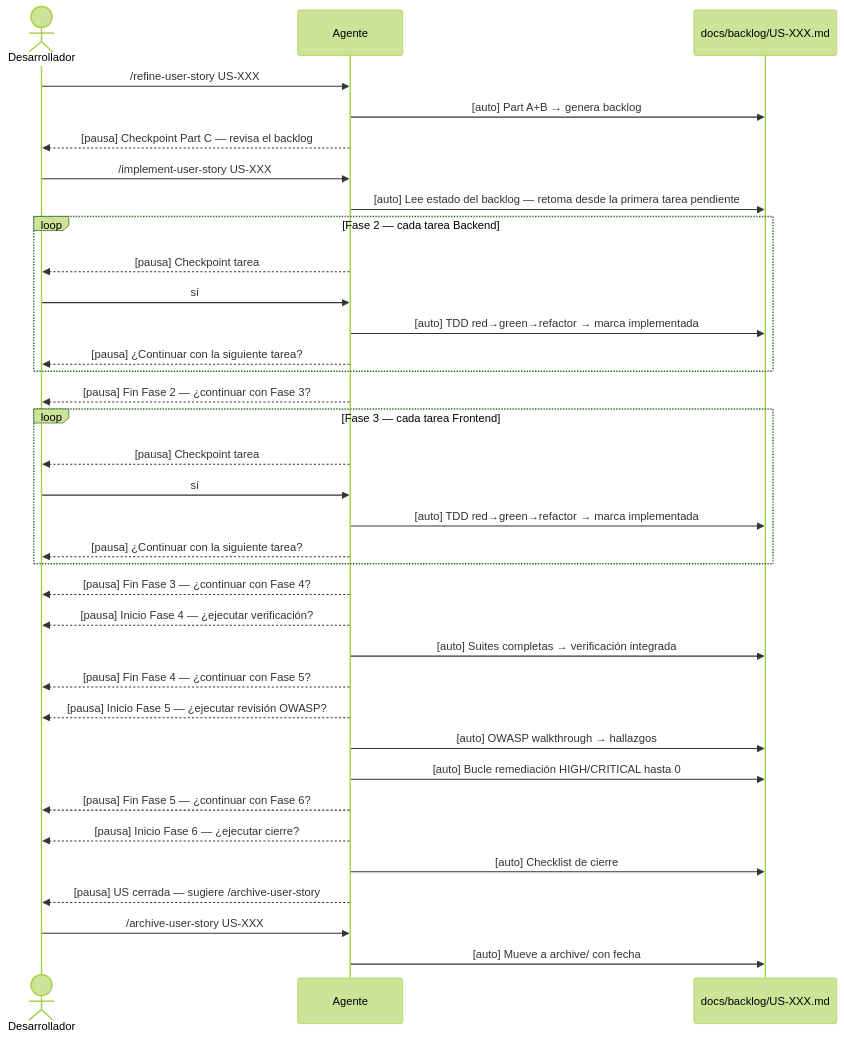
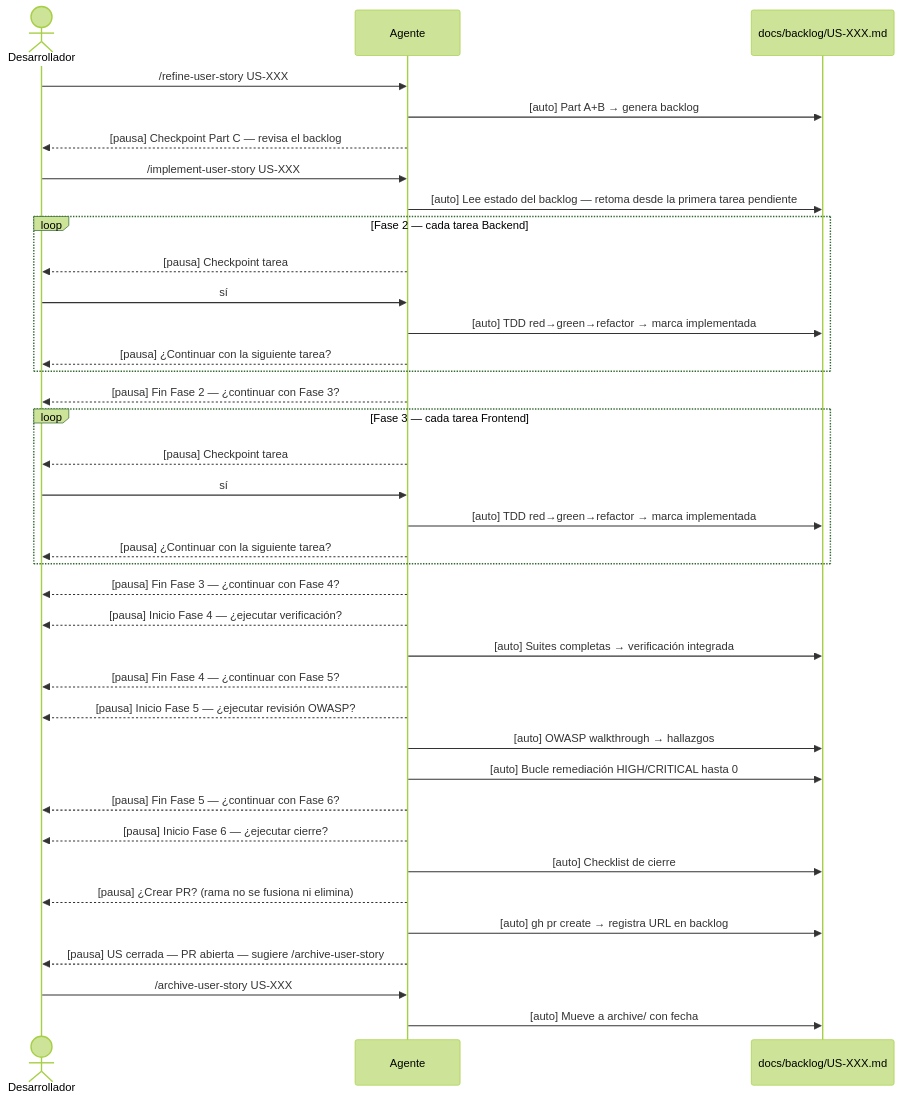
One commit to LIDR-academy/AI4Devs-finalproject changed the diagram in docs/SDD-WORKFLOW.md. Above: the diagram before and after it, drawn with Mermaid (forest theme). The commit also changed other lines of this file and 1 other file, not shown here.

````diff
--- a/docs/SDD-WORKFLOW.md
+++ b/docs/SDD-WORKFLOW.md
@@ -302,45 +309,47 @@
 ```mermaid
 sequenceDiagram
     actor Dev as Desarrollador
     participant A as Agente
     participant B as docs/backlog/US-XXX.md
 
     Dev->>A: /refine-user-story US-XXX
     A->>B: [auto] Part A+B → genera backlog
     A-->>Dev: [pausa] Checkpoint Part C — revisa el backlog
 
     Dev->>A: /implement-user-story US-XXX
     A->>B: [auto] Lee estado del backlog — retoma desde la primera tarea pendiente
 
     loop Fase 2 — cada tarea Backend
         A-->>Dev: [pausa] Checkpoint tarea
         Dev->>A: sí
         A->>B: [auto] TDD red→green→refactor → marca implementada
         A-->>Dev: [pausa] ¿Continuar con la siguiente tarea?
     end
     A-->>Dev: [pausa] Fin Fase 2 — ¿continuar con Fase 3?
 
     loop Fase 3 — cada tarea Frontend
         A-->>Dev: [pausa] Checkpoint tarea
         Dev->>A: sí
         A->>B: [auto] TDD red→green→refactor → marca implementada
         A-->>Dev: [pausa] ¿Continuar con la siguiente tarea?
     end
     A-->>Dev: [pausa] Fin Fase 3 — ¿continuar con Fase 4?
 
     A-->>Dev: [pausa] Inicio Fase 4 — ¿ejecutar verificación?
     A->>B: [auto] Suites completas → verificación integrada
     A-->>Dev: [pausa] Fin Fase 4 — ¿continuar con Fase 5?
 
     A-->>Dev: [pausa] Inicio Fase 5 — ¿ejecutar revisión OWASP?
     A->>B: [auto] OWASP walkthrough → hallazgos
     A->>B: [auto] Bucle remediación HIGH/CRITICAL hasta 0
     A-->>Dev: [pausa] Fin Fase 5 — ¿continuar con Fase 6?
 
     A-->>Dev: [pausa] Inicio Fase 6 — ¿ejecutar cierre?
     A->>B: [auto] Checklist de cierre
-    A-->>Dev: [pausa] US cerrada — sugiere /archive-user-story
+    A-->>Dev: [pausa] ¿Crear PR? (rama no se fusiona ni elimina)
+    A->>B: [auto] gh pr create → registra URL en backlog
+    A-->>Dev: [pausa] US cerrada — PR abierta — sugiere /archive-user-story
 
     Dev->>A: /archive-user-story US-XXX
     A->>B: [auto] Mueve a archive/ con fecha
 ```
````
